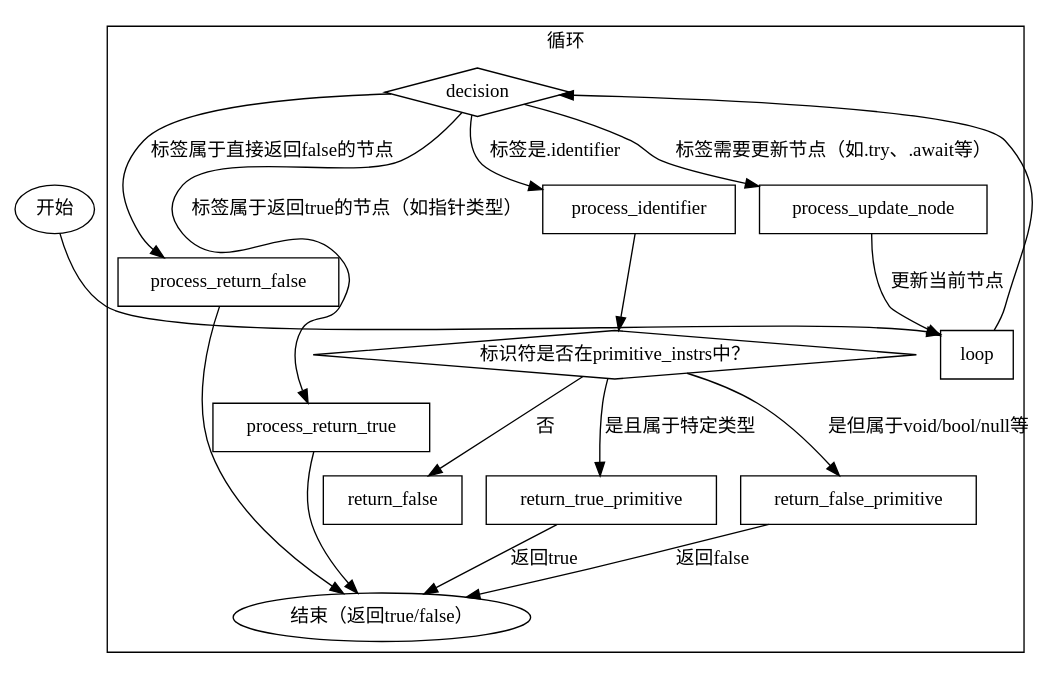
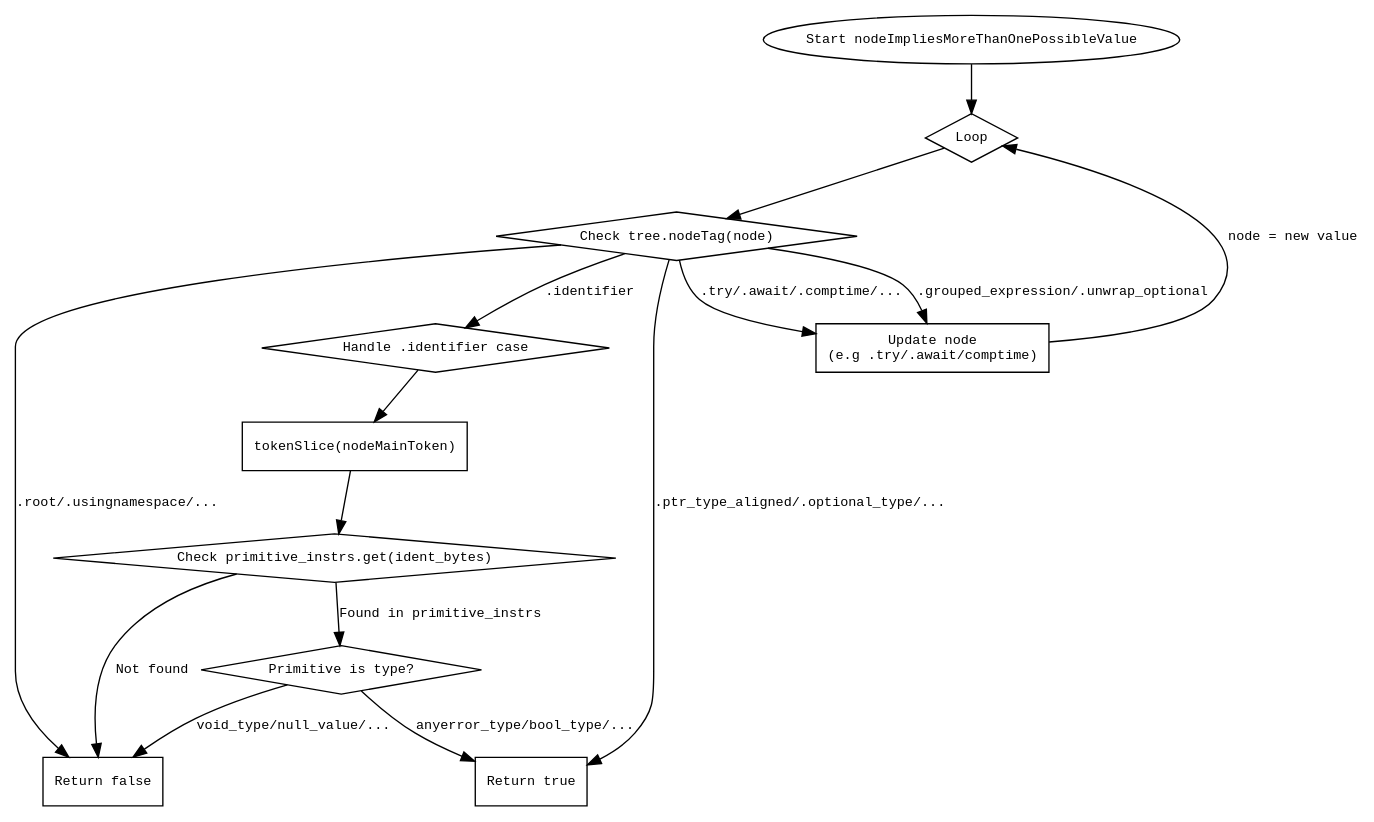
One commit to sdzx-1/deepseek-zig-reader changed the diagram in dot_std/zig/AstGen.zig.nodeImpliesMoreThanOnePossibleValue.md. Above: the diagram before and after it, drawn with Graphviz. The commit also changed other lines of this file and 236 other files, not shown here.

````diff
--- a/dot_std/zig/AstGen.zig.nodeImpliesMoreThanOnePossibleValue.md
+++ b/dot_std/zig/AstGen.zig.nodeImpliesMoreThanOnePossibleValue.md
@@ -37,34 +40,42 @@
 ```dot
 digraph flowchart {
-    node [shape=ellipse] start end;
-    node [shape=diamond] decision;
-    node [shape=rectangle] process_return_false process_return_true process_identifier process_update_node;
+    node [shape=ellipse, fontname="Courier", fontsize=10];
+    edge [fontname="Courier", fontsize=10];
+
+    start [label="Start nodeImpliesMoreThanOnePossibleValue"];
+    loop [label="Loop", shape=diamond];
+    check_tag [label="Check tree.nodeTag(node)", shape=diamond];
+    return_false [label="Return false", shape=box];
+    return_true [label="Return true", shape=box];
+    update_node [label="Update node\n(e.g .try/.await/comptime)", shape=box];
+    handle_identifier [label="Handle .identifier case", shape=diamond];
+    check_primitive [label="Check primitive_instrs.get(ident_bytes)", shape=diamond];
+    primitive_true [label="Primitive is type?", shape=diamond];
+    token_slice [label="tokenSlice(nodeMainToken)", shape=box];
 
     start -> loop;
+    loop -> check_tag;
 
-    subgraph cluster_loop {
-        label="循环";
-        loop -> decision;
-        decision -> process_return_false [label="标签属于直接返回false的节点"];
-        decision -> process_update_node [label="标签需要更新节点（如.try、.await等）"];
-        decision -> process_return_true [label="标签属于返回true的节点（如指针类型）"];
-        decision -> process_identifier [label="标签是.identifier"];
-        
-        process_return_false -> end;
-        process_return_true -> end;
-        process_update_node -> loop [label="更新当前节点"];
-        
-        process_identifier -> check_primitive;
-        check_primitive [shape=diamond, label="标识符是否在primitive_instrs中？"];
-        check_primitive -> return_true_primitive [label="是且属于特定类型"];
-        check_primitive -> return_false_primitive [label="是但属于void/bool/null等"];
-        check_primitive -> return_false [label="否"];
-        
-        return_true_primitive -> end [label="返回true"];
-        return_false_primitive -> end [label="返回false"];
-    }
+    // Direct return false cases
+    check_tag -> return_false [label=".root/.usingnamespace/..."];
 
-    end [label="结束（返回true/false）"];
-    start [label="开始"];
+    // Return true cases
+    check_tag -> return_true [label=".ptr_type_aligned/.optional_type/..."];
+
+    // Update node and loop back
+    check_tag -> update_node [label=".try/.await/.comptime/..."];
+    update_node -> loop [label="node = new value"];
+
+    // Identifier handling
+    check_tag -> handle_identifier [label=".identifier"];
+    handle_identifier -> token_slice;
+    token_slice -> check_primitive;
+    check_primitive -> primitive_true [label="Found in primitive_instrs"];
+    check_primitive -> return_false [label="Not found"];
+    primitive_true -> return_true [label="anyerror_type/bool_type/..."];
+    primitive_true -> return_false [label="void_type/null_value/..."];
+
+    // Grouped expression cases
+    check_tag -> update_node [label=".grouped_expression/.unwrap_optional"];
 }
 ```
````
